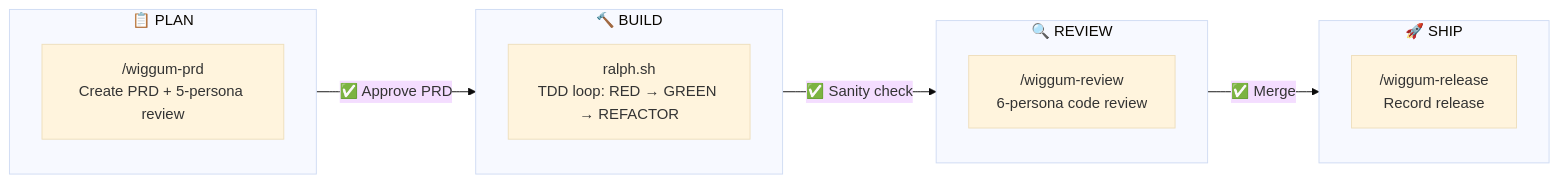
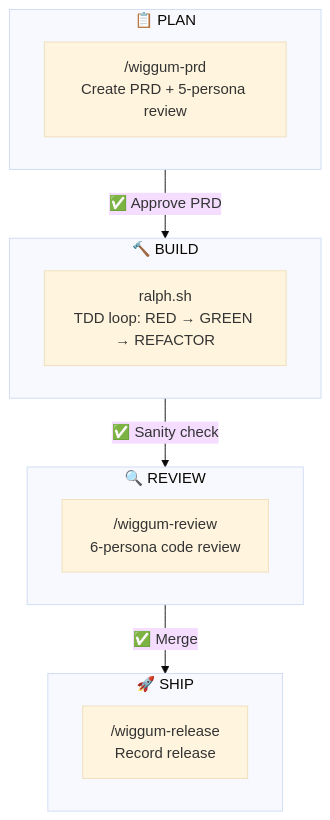
One commit to newoldrelic/ralph-workflow changed the diagram in README.md. Above: the diagram before and after it, drawn with Mermaid (base theme).

Commit message:
Change workflow diagram to top-to-bottom

````diff
--- a/README.md
+++ b/README.md
@@ -22,20 +22,20 @@
 ```mermaid
-flowchart LR
+flowchart TD
     subgraph PLAN ["📋 PLAN"]
         A["/wiggum-prd<br/>Create PRD + 5-persona review"]
     end
 
     subgraph BUILD ["🔨 BUILD"]
         B["ralph.sh<br/>TDD loop: RED → GREEN → REFACTOR"]
     end
 
     subgraph REVIEW ["🔍 REVIEW"]
         C["/wiggum-review<br/>6-persona code review"]
     end
 
     subgraph SHIP ["🚀 SHIP"]
         D["/wiggum-release<br/>Record release"]
     end
 
     PLAN -->|"✅ Approve PRD"| BUILD -->|"✅ Sanity check"| REVIEW -->|"✅ Merge"| SHIP
 ```
````
